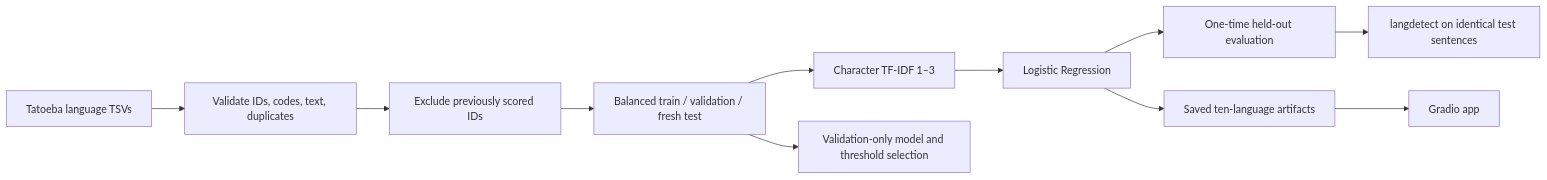
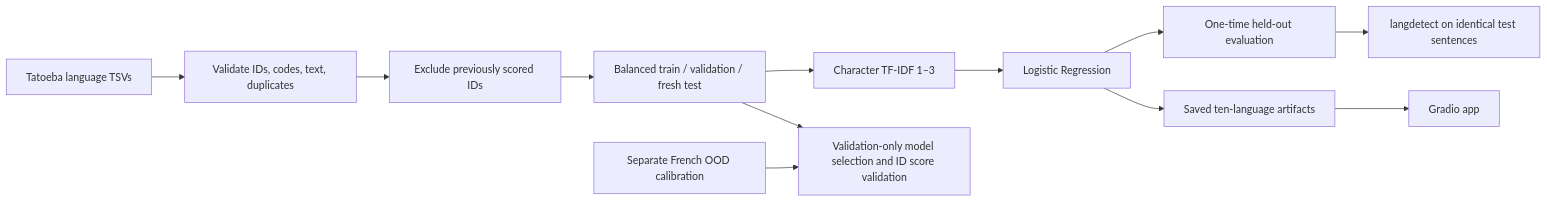
Before and after one commit to Mr-VantaRoot/LANGSCOPE-AI: the diagram in README.md, drawn with Mermaid. The commit also changed other lines of this file, not shown here.

````diff
--- a/README.md
+++ b/README.md
@@ -32,13 +36,14 @@
 ```mermaid
 flowchart LR
     A[Tatoeba language TSVs] --> B[Validate IDs, codes, text, duplicates]
     B --> C[Exclude previously scored IDs]
     C --> D[Balanced train / validation / fresh test]
     D --> E[Character TF-IDF 1–3]
     E --> F[Logistic Regression]
-    D --> G[Validation-only model and threshold selection]
+    D --> G[Validation-only model selection and ID score validation]
+    X[Separate French OOD calibration] --> G
     F --> H[One-time held-out evaluation]
     H --> I[langdetect on identical test sentences]
     F --> J[Saved ten-language artifacts]
     J --> K[Gradio app]
 ```
````
